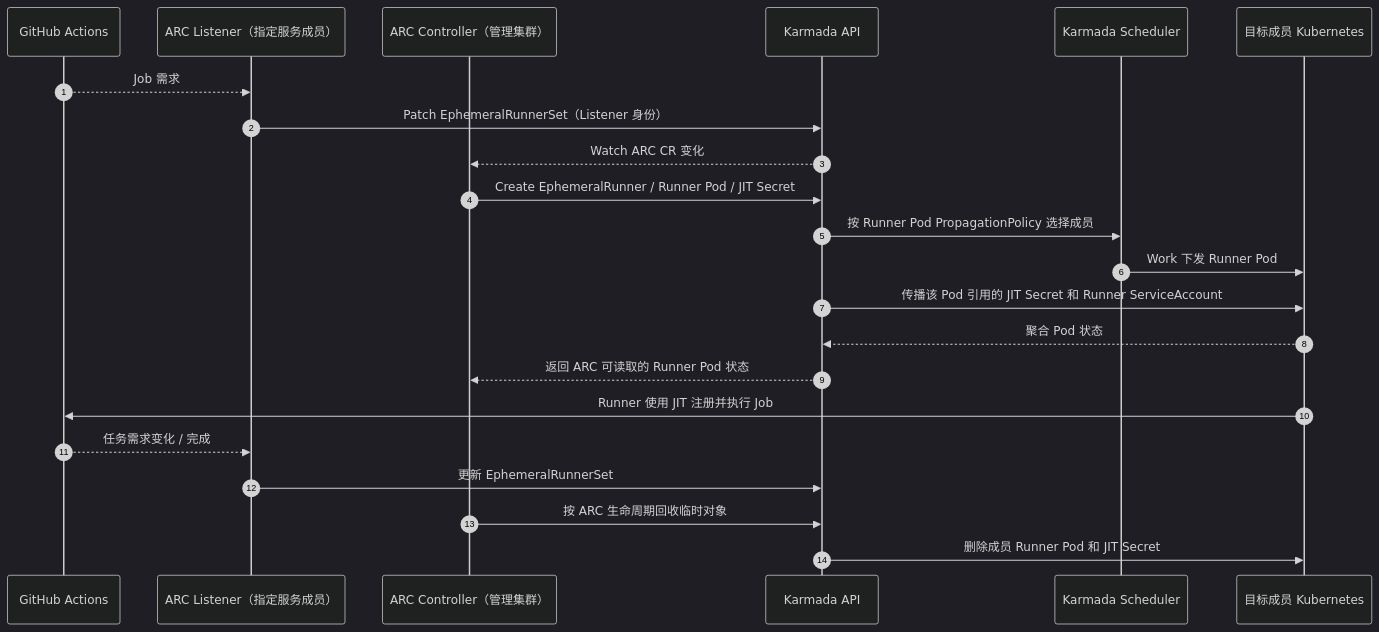
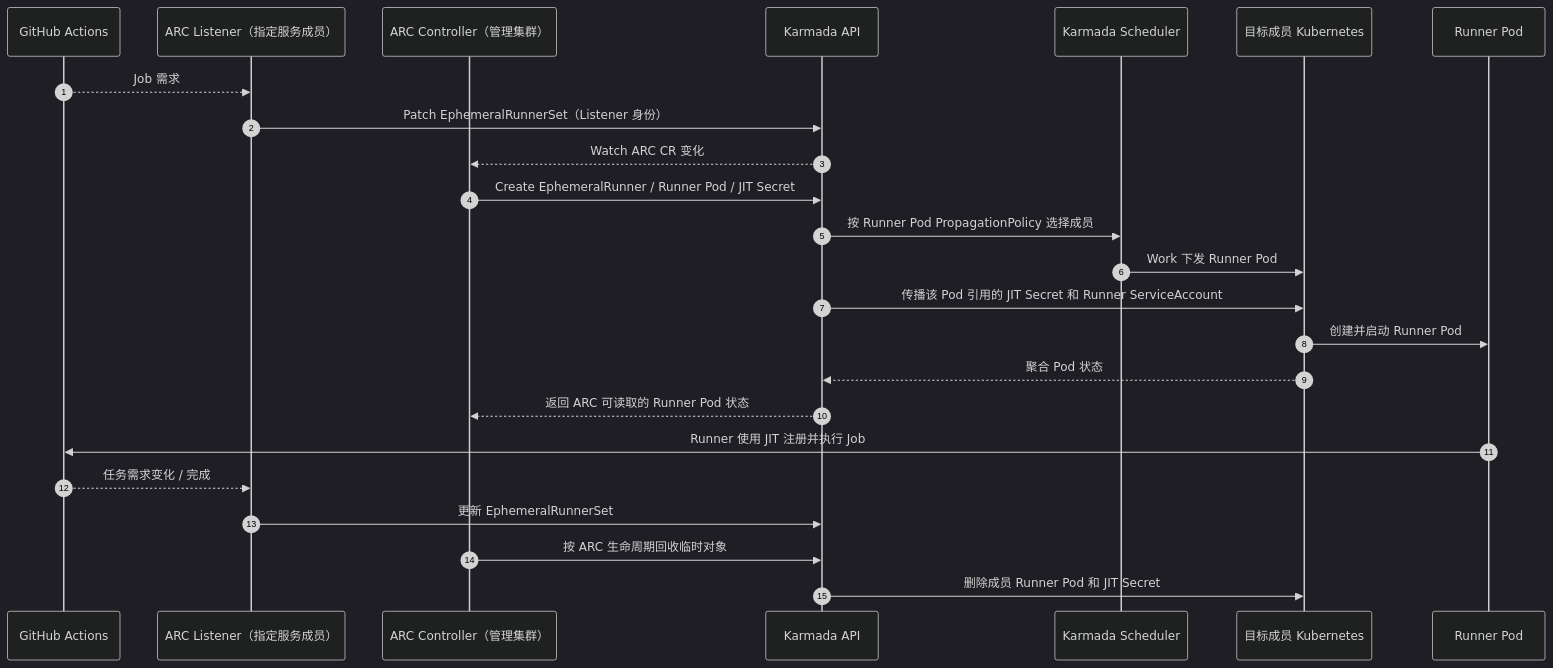
Before and after one commit to pkking/arc-karmada-test: the seventh of 19 diagrams in docs/ASCEND-CI-FEDERATED-CLUSTER-FUNCTIONAL-DESIGN.md, drawn with Mermaid (dark theme). The commit also changed other lines of this file, not shown here.

Commit message:
docs: refine ARC control plane object flow

```diff
--- a/docs/ASCEND-CI-FEDERATED-CLUSTER-FUNCTIONAL-DESIGN.md
+++ b/docs/ASCEND-CI-FEDERATED-CLUSTER-FUNCTIONAL-DESIGN.md
@@ -1452,24 +1452,26 @@
 ~~~mermaid
 sequenceDiagram
     autonumber
     participant GH as GitHub Actions
     participant L as ARC Listener（指定服务成员）
     participant C as ARC Controller（管理集群）
     participant K as Karmada API
     participant KS as Karmada Scheduler
     participant M as 目标成员 Kubernetes
+    participant R as Runner Pod
     GH-->>L: Job 需求
     L->>K: Patch EphemeralRunnerSet（Listener 身份）
     K-->>C: Watch ARC CR 变化
     C->>K: Create EphemeralRunner / Runner Pod / JIT Secret
     K->>KS: 按 Runner Pod PropagationPolicy 选择成员
     KS->>M: Work 下发 Runner Pod
     K->>M: 传播该 Pod 引用的 JIT Secret 和 Runner ServiceAccount
+    M->>R: 创建并启动 Runner Pod
     M-->>K: 聚合 Pod 状态
     K-->>C: 返回 ARC 可读取的 Runner Pod 状态
-    M->>GH: Runner 使用 JIT 注册并执行 Job
+    R->>GH: Runner 使用 JIT 注册并执行 Job
     GH-->>L: 任务需求变化 / 完成
     L->>K: 更新 EphemeralRunnerSet
     C->>K: 按 ARC 生命周期回收临时对象
     K->>M: 删除成员 Runner Pod 和 JIT Secret
 ~~~
```
